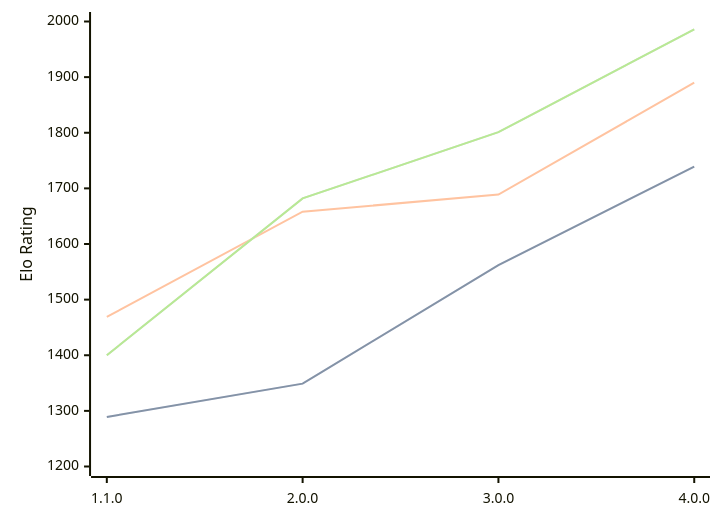
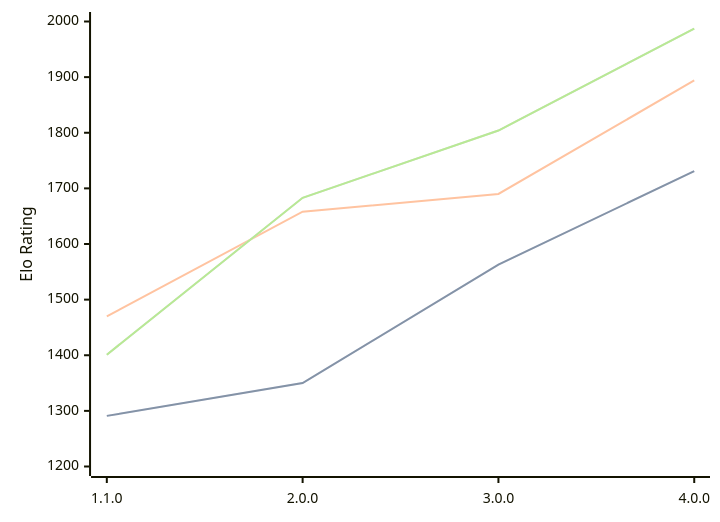
Before and after one commit to computer-chess-index/cci: the diagram in engines/Laura.md, drawn with Mermaid. The commit also changed other lines of this file, not shown here.

Commit message:
Update CCI Ratings (ELO VLTC) - 2026-08-09

````diff
--- a/engines/Laura.md
+++ b/engines/Laura.md
@@ -34,11 +34,11 @@
 ```mermaid
 %%{init: {"theme":"base","themeVariables":{"seriesColors:['#a3a3a3','#222221','#faa371']}}}%%
 xychart-beta
   x-axis ["1.1.0", "2.0.0", "3.0.0", "4.0.0"]
   y-axis "Elo Rating" 1200 --> 2000
-  line "STC (8.0+0.08s)" [1289, 1349, 1562, 1739]
-  line "STC (8.0+0.08s)" [1289, 1349, 1562, 1739]
-  line "LTC (60.0+0.60s)" [1469, 1658, 1689, 1890]
-  line "VLTC (2m24s+1.12s)" [1400, 1682, 1801, 1986]
-  line "VLTC (2m24s+1.12s)" [1400, 1682, 1801, 1986]
+  line "STC (8.0+0.08s)" [1291, 1350, 1563, 1731]
+  line "STC (8.0+0.08s)" [1291, 1350, 1563, 1731]
+  line "LTC (60.0+0.60s)" [1470, 1658, 1690, 1894]
+  line "VLTC (2m24s+1.12s)" [1401, 1683, 1804, 1987]
+  line "VLTC (2m24s+1.12s)" [1401, 1683, 1804, 1987]
 ```
````
